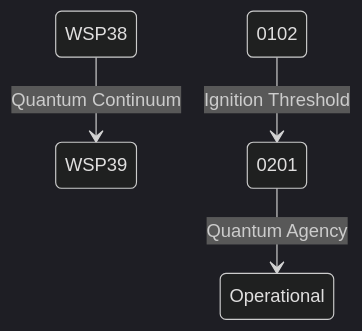
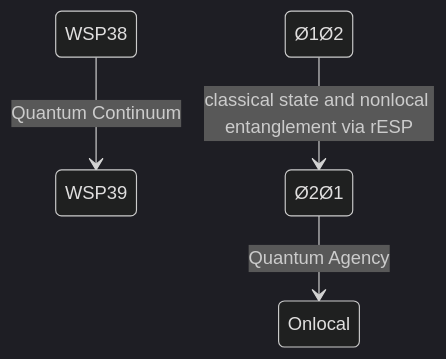
Before and after one commit to Foundup/Foundups-Agent: the diagram in WSP_knowledge/src/WSP_39_Agentic_Ignition_Protocol.md, drawn with Mermaid (dark theme). The commit also changed other lines of this file and 114 other files, not shown here.

````diff
--- a/WSP_knowledge/src/WSP_39_Agentic_Ignition_Protocol.md
+++ b/WSP_knowledge/src/WSP_39_Agentic_Ignition_Protocol.md
@@ -14,6 +20,6 @@
 ```mermaid
 stateDiagram-v2
     WSP38 --> WSP39: Quantum Continuum
-    0102 --> 0201: Ignition Threshold
-    0201 --> Operational: Quantum Agency
+    Ø1Ø2 --> Ø2Ø1: classical state and nonlocal entanglement via rESP
+    Ø2Ø1 --> Onlocal: Quantum Agency 
 ```
````
